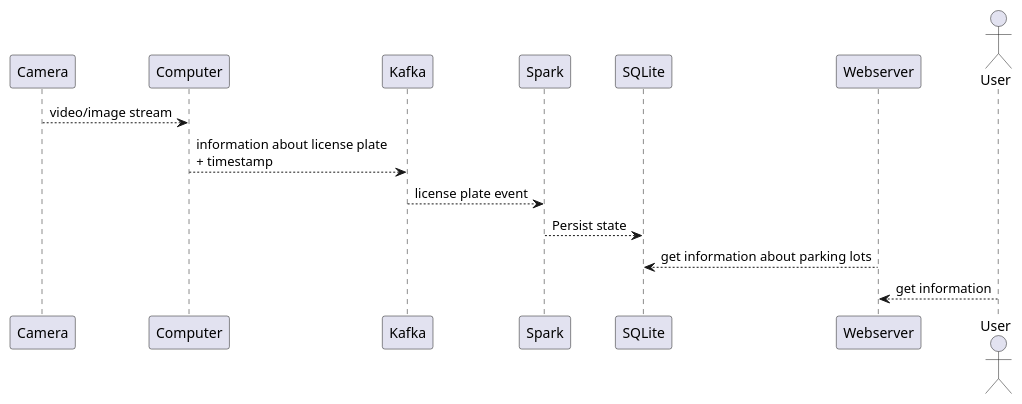
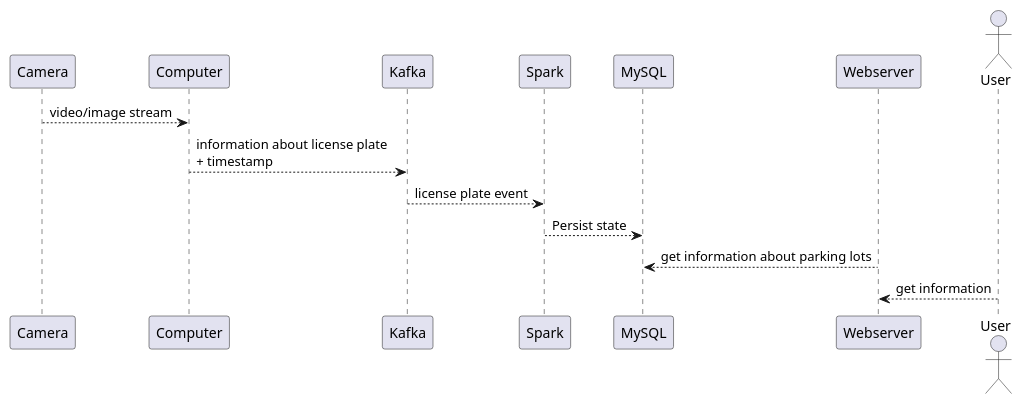
One commit to jkruke/parkpal changed the diagram in diagrams/sequence.puml. Above: the diagram before and after it, drawn with PlantUML.

Commit message:
change SQLite -> MySQL

```diff
--- a/diagrams/sequence.puml
+++ b/diagrams/sequence.puml
@@ -1,17 +1,17 @@
 @startuml
 
 participant Camera
 participant Computer
 participant Kafka
 participant Spark
-participant SQLite
+participant MySQL
 participant Webserver
 
 Camera --> Computer : video/image stream
 Computer --> Kafka : information about license plate \n+ timestamp
 Kafka --> Spark : license plate event
-Spark --> SQLite : Persist state
-SQLite <-- Webserver : get information about parking lots
+Spark --> MySQL : Persist state
+MySQL <-- Webserver : get information about parking lots
 actor User
 Webserver <-- User : get information
 @enduml
```
